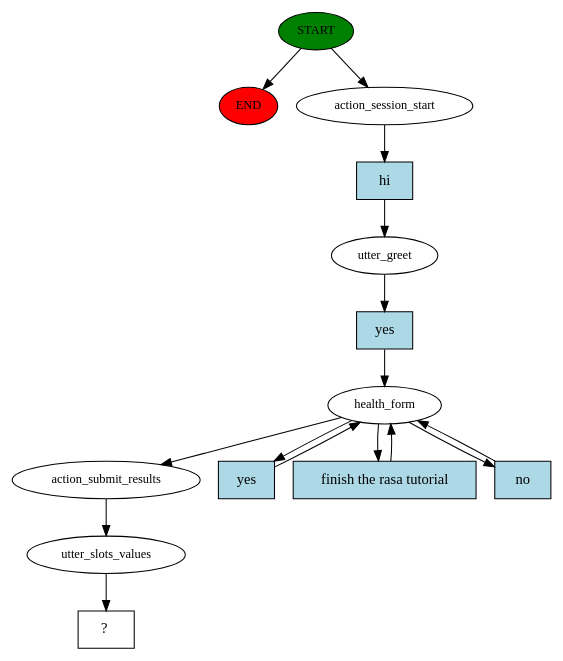
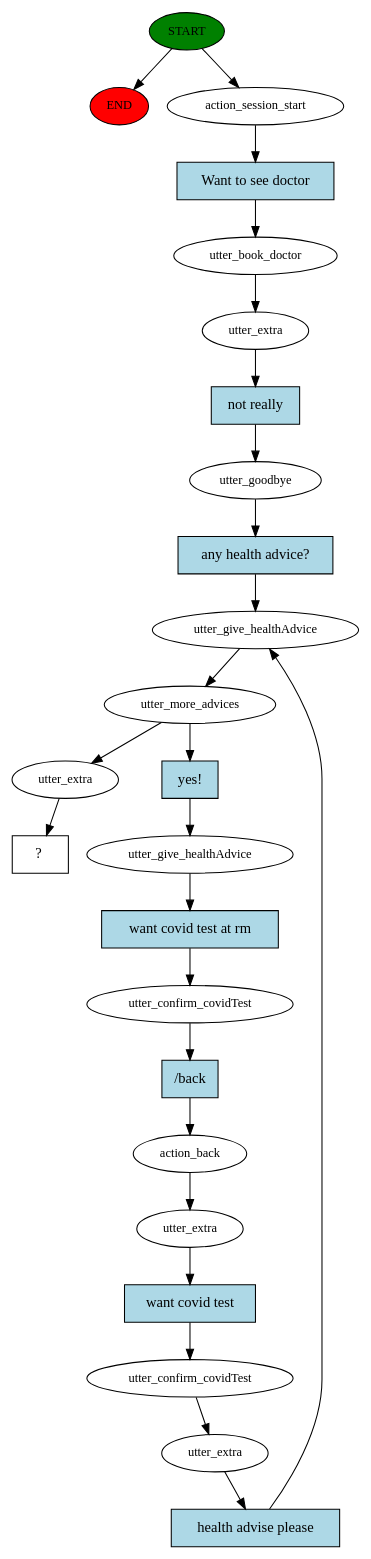
Before and after one commit to JJTam/COMP4461-Project2-Rasa-Chatbot: the diagram in chatbot/story_graph.dot, drawn with Graphviz. The commit also changed 11 other files, not shown here.

```diff
--- a/chatbot/story_graph.dot
+++ b/chatbot/story_graph.dot
@@ -1,30 +1,50 @@
 digraph  {
 0 [class="start active", fillcolor=green, fontsize=12, label=START, style=filled];
 "-1" [class=end, fillcolor=red, fontsize=12, label=END, style=filled];
 1 [class=active, fontsize=12, label=action_session_start];
-2 [class=active, fontsize=12, label=utter_greet];
-3 [class=active, fontsize=12, label=health_form];
-10 [class=active, fontsize=12, label=action_submit_results];
-11 [class=active, fontsize=12, label=utter_slots_values];
-12 [class="intent dashed active", label="  ?  ", shape=rect];
-13 [class="intent active", fillcolor=lightblue, label=hi, shape=rect, style=filled];
-14 [class="intent active", fillcolor=lightblue, label=yes, shape=rect, style=filled];
-15 [class="intent active", fillcolor=lightblue, label=yes, shape=rect, style=filled];
-16 [class="intent active", fillcolor=lightblue, label="finish the rasa tutorial", shape=rect, style=filled];
-17 [class="intent active", fillcolor=lightblue, label=no, shape=rect, style=filled];
+2 [class=active, fontsize=12, label=utter_book_doctor];
+3 [class=active, fontsize=12, label=utter_extra];
+4 [class=active, fontsize=12, label=utter_goodbye];
+5 [class=active, fontsize=12, label=utter_give_healthAdvice];
+6 [class=active, fontsize=12, label=utter_more_advices];
+7 [class=active, fontsize=12, label=utter_give_healthAdvice];
+8 [class=active, fontsize=12, label=utter_confirm_covidTest];
+9 [class=active, fontsize=12, label=action_back];
+10 [class=active, fontsize=12, label=utter_extra];
+11 [class=active, fontsize=12, label=utter_confirm_covidTest];
+12 [class=active, fontsize=12, label=utter_extra];
+15 [class=active, fontsize=12, label=utter_extra];
+16 [class="intent dashed active", label="  ?  ", shape=rect];
+17 [class="intent active", fillcolor=lightblue, label="Want to see doctor", shape=rect, style=filled];
+18 [class="intent active", fillcolor=lightblue, label="not really", shape=rect, style=filled];
+19 [class="intent active", fillcolor=lightblue, label="any health advice?", shape=rect, style=filled];
+20 [class="intent active", fillcolor=lightblue, label="yes!", shape=rect, style=filled];
+21 [class="intent active", fillcolor=lightblue, label="want covid test at rm", shape=rect, style=filled];
+22 [class="intent active", fillcolor=lightblue, label="/back", shape=rect, style=filled];
+23 [class="intent active", fillcolor=lightblue, label="want covid test", shape=rect, style=filled];
+24 [class="intent active", fillcolor=lightblue, label="health advise please", shape=rect, style=filled];
 0 -> "-1"  [class="", key=NONE, label=""];
 0 -> 1  [class=active, key=NONE, label=""];
-1 -> 13  [class=active, key=0];
-2 -> 14  [class=active, key=0];
-3 -> 10  [class=active, key=NONE, label=""];
-3 -> 15  [class=active, key=0];
-3 -> 16  [class=active, key=0];
-3 -> 17  [class=active, key=0];
-10 -> 11  [class=active, key=NONE, label=""];
+1 -> 17  [class=active, key=0];
+2 -> 3  [class=active, key=NONE, label=""];
+3 -> 18  [class=active, key=0];
+4 -> 19  [class=active, key=0];
+5 -> 6  [class=active, key=NONE, label=""];
+6 -> 15  [class=active, key=NONE, label=""];
+6 -> 20  [class=active, key=0];
+7 -> 21  [class=active, key=0];
+8 -> 22  [class=active, key=0];
+9 -> 10  [class=active, key=NONE, label=""];
+10 -> 23  [class=active, key=0];
 11 -> 12  [class=active, key=NONE, label=""];
-13 -> 2  [class=active, key=0];
-14 -> 3  [class=active, key=0];
-15 -> 3  [class=active, key=0];
-16 -> 3  [class=active, key=0];
-17 -> 3  [class=active, key=0];
+12 -> 24  [class=active, key=0];
+15 -> 16  [class=active, key=NONE, label=""];
+17 -> 2  [class=active, key=0];
+18 -> 4  [class=active, key=0];
+19 -> 5  [class=active, key=0];
+20 -> 7  [class=active, key=0];
+21 -> 8  [class=active, key=0];
+22 -> 9  [class=active, key=0];
+23 -> 11  [class=active, key=0];
+24 -> 5  [class=active, key=0];
 }
```
